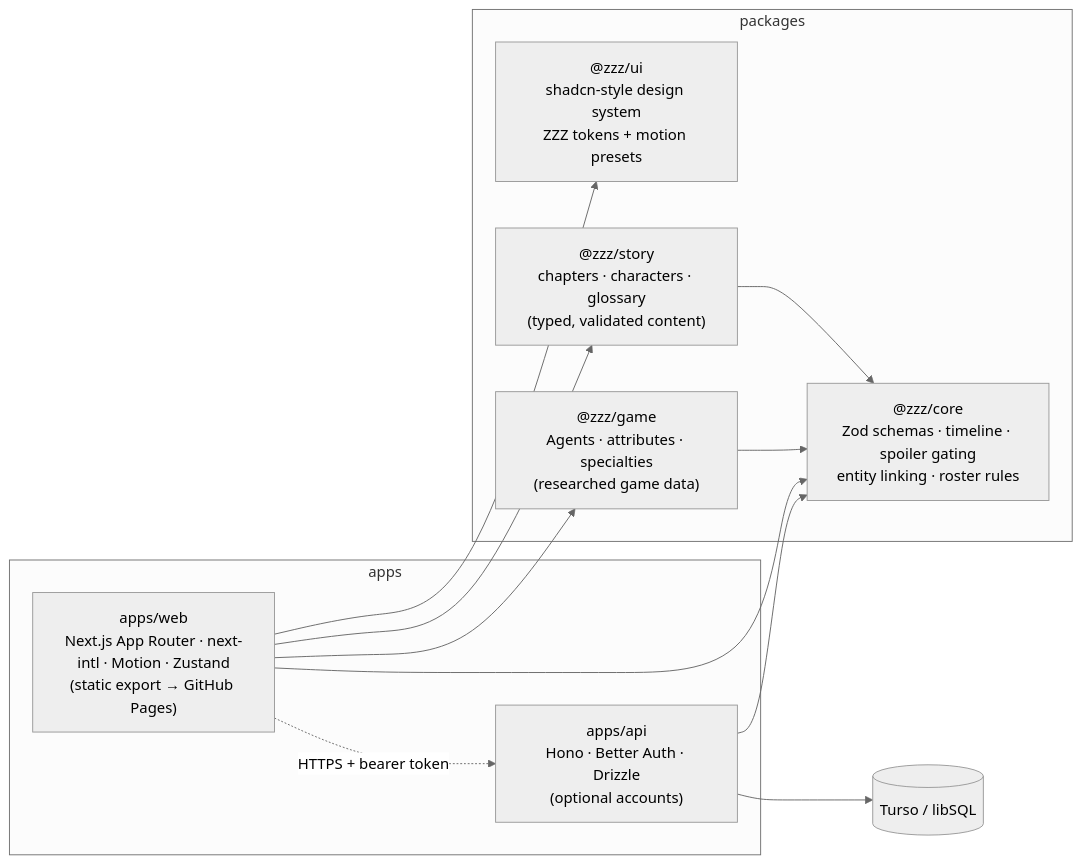
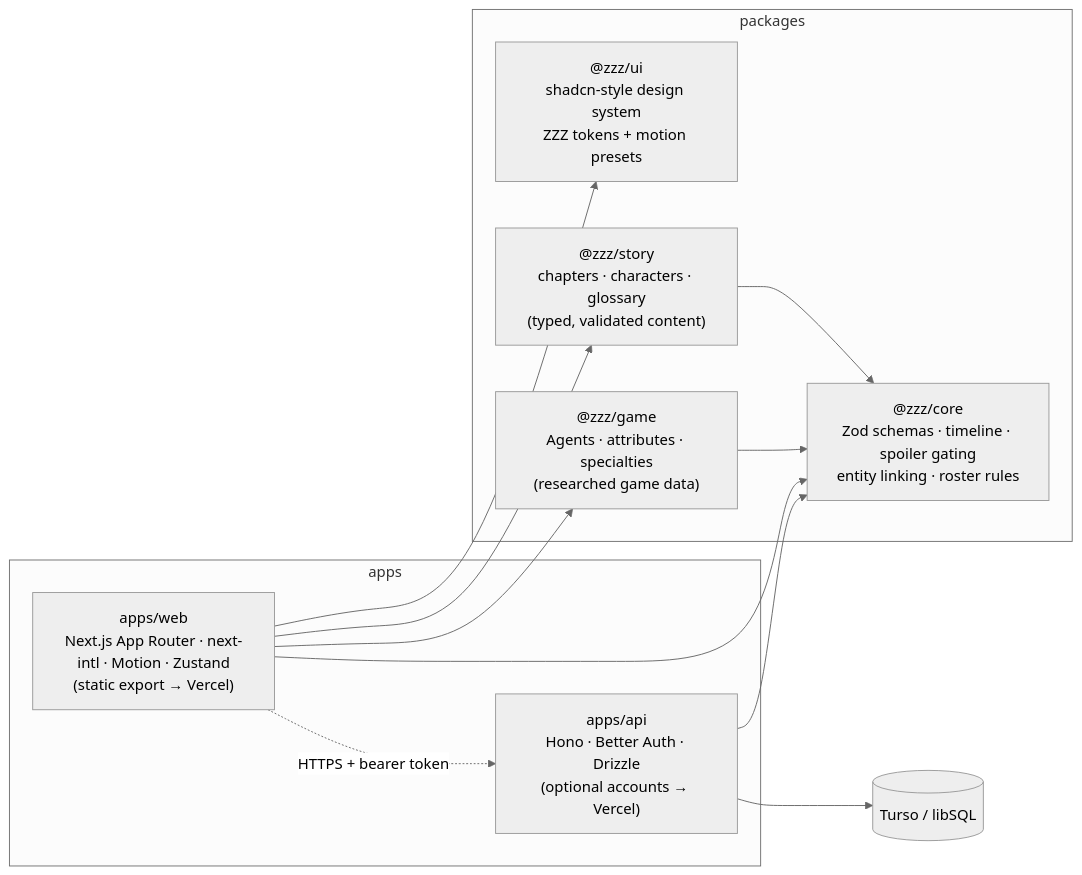
The diagram in README.md (ldallacqua/zzz-companion), drawn with Mermaid (neutral theme) before and after one commit. The commit also changed other lines of this file and 21 other files, not shown here.

First line of the commit message:
chore(deploy): host the site and Storybook on Vercel, retire GitHub Pages (#10)

````diff
--- a/README.md
+++ b/README.md
@@ -144,23 +171,23 @@
 ```mermaid
 flowchart LR
   subgraph apps
-    web["apps/web<br/>Next.js App Router · next-intl · Motion · Zustand<br/>(static export → GitHub Pages)"]
-    api["apps/api<br/>Hono · Better Auth · Drizzle<br/>(optional accounts)"]
+    web["apps/web<br/>Next.js App Router · next-intl · Motion · Zustand<br/>(static export → Vercel)"]
+    api["apps/api<br/>Hono · Better Auth · Drizzle<br/>(optional accounts → Vercel)"]
   end
   subgraph packages
     ui["@zzz/ui<br/>shadcn-style design system<br/>ZZZ tokens + motion presets"]
     story["@zzz/story<br/>chapters · characters · glossary<br/>(typed, validated content)"]
     game["@zzz/game<br/>Agents · attributes · specialties<br/>(researched game data)"]
     core["@zzz/core<br/>Zod schemas · timeline · spoiler gating<br/>entity linking · roster rules"]
   end
   db[("Turso / libSQL")]
   web --> ui
   web --> story
   web --> game
   web --> core
   web -. "HTTPS + bearer token" .-> api
   api --> core
   api --> db
   story --> core
   game --> core
 ```
````
